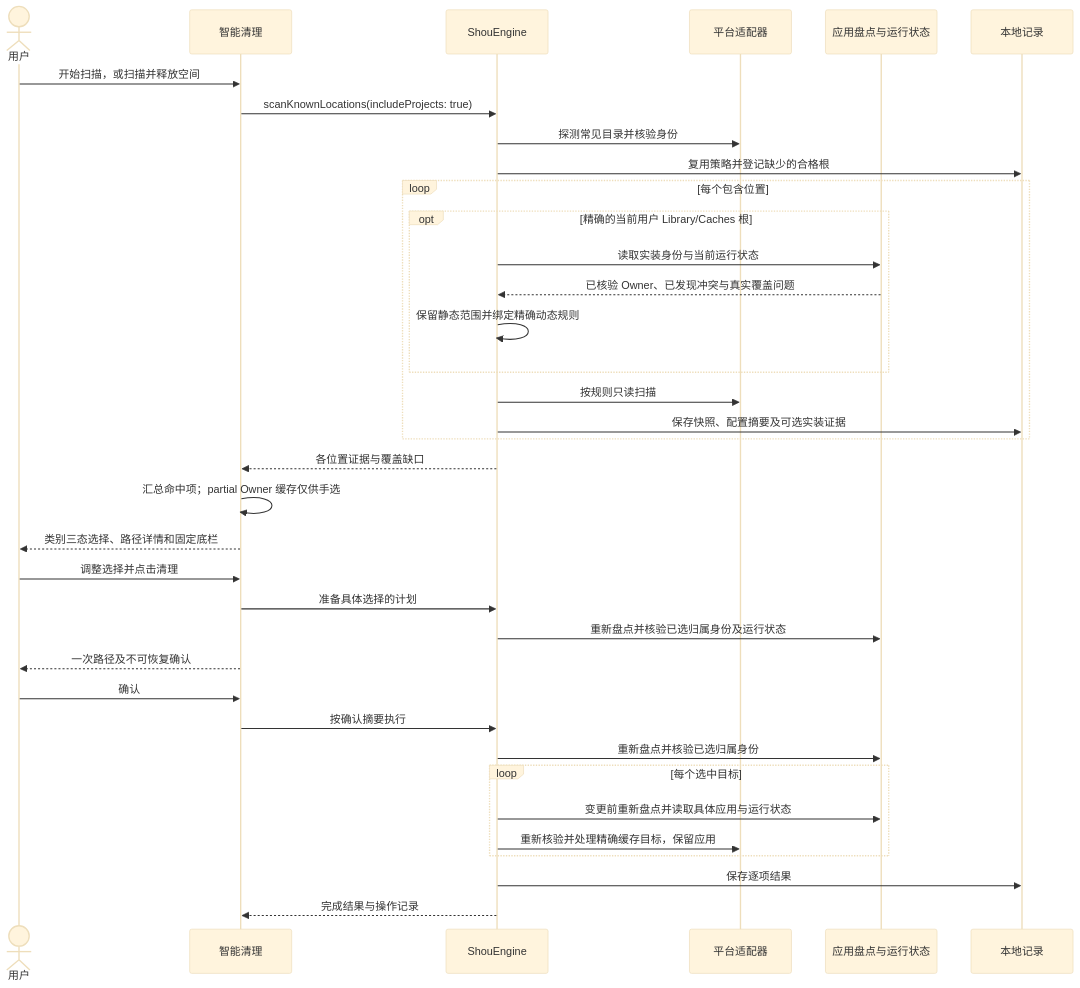
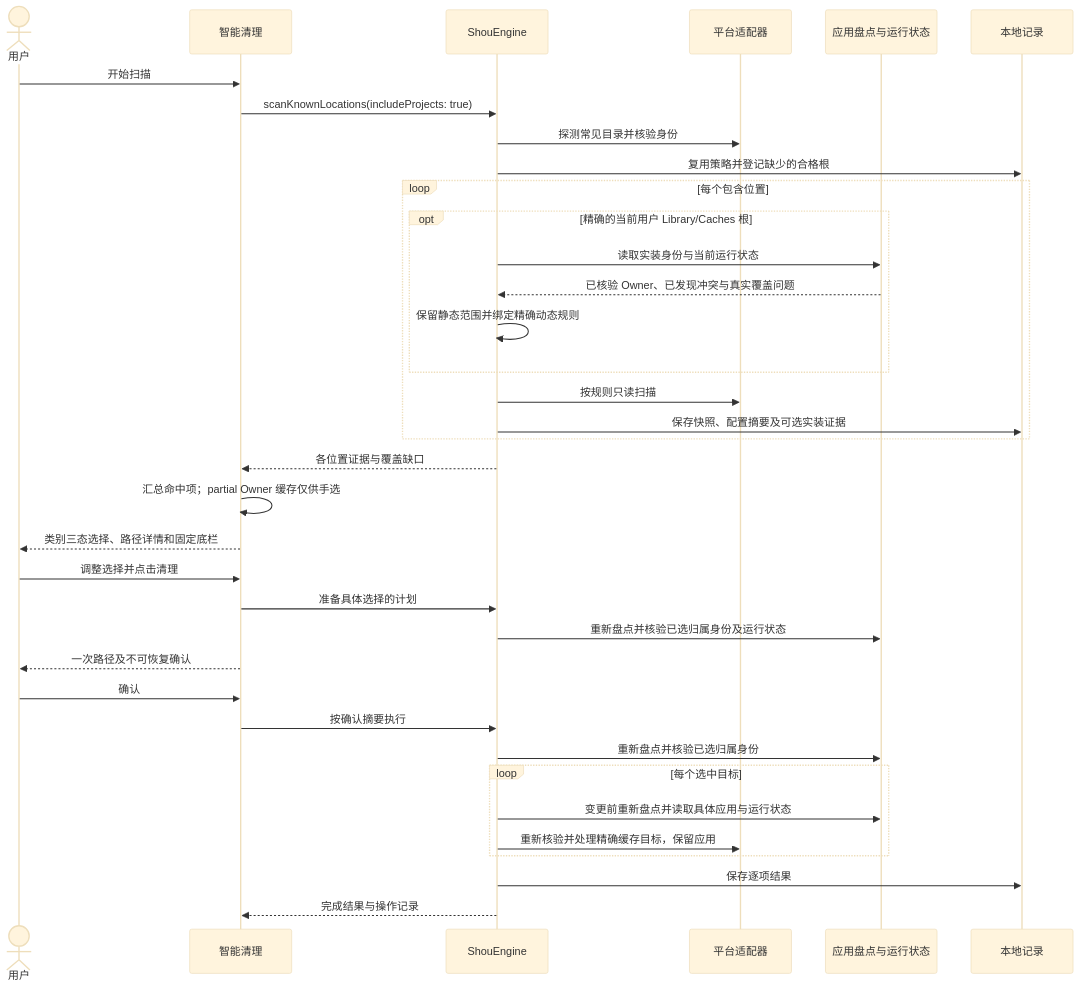
The fifth of 5 diagrams in docs/zh-CN/product/unified-cleanup.md (limecloud/shou), drawn with Mermaid (base theme) before and after one commit. The commit also changed other lines of this file and 270 other files, not shown here.

````diff
--- a/docs/zh-CN/product/unified-cleanup.md
+++ b/docs/zh-CN/product/unified-cleanup.md
@@ -177,38 +177,38 @@
 ```mermaid
 sequenceDiagram
   actor User as 用户
   participant UI as 智能清理
   participant Engine as ShouEngine
   participant FS as 平台适配器
   participant Apps as 应用盘点与运行状态
   participant Store as 本地记录
-  User->>UI: 开始扫描，或扫描并释放空间
+  User->>UI: 开始扫描
   UI->>Engine: scanKnownLocations(includeProjects: true)
   Engine->>FS: 探测常见目录并核验身份
   Engine->>Store: 复用策略并登记缺少的合格根
   loop 每个包含位置
     opt 精确的当前用户 Library/Caches 根
       Engine->>Apps: 读取实装身份与当前运行状态
       Apps-->>Engine: 已核验 Owner、已发现冲突与真实覆盖问题
       Engine->>Engine: 保留静态范围并绑定精确动态规则
     end
     Engine->>FS: 按规则只读扫描
     Engine->>Store: 保存快照、配置摘要及可选实装证据
   end
   Engine-->>UI: 各位置证据与覆盖缺口
   UI->>UI: 汇总命中项；partial Owner 缓存仅供手选
   UI-->>User: 类别三态选择、路径详情和固定底栏
   User->>UI: 调整选择并点击清理
   UI->>Engine: 准备具体选择的计划
   Engine->>Apps: 重新盘点并核验已选归属身份及运行状态
   UI-->>User: 一次路径及不可恢复确认
   User->>UI: 确认
   UI->>Engine: 按确认摘要执行
   Engine->>Apps: 重新盘点并核验已选归属身份
   loop 每个选中目标
     Engine->>Apps: 变更前重新盘点并读取具体应用与运行状态
     Engine->>FS: 重新核验并处理精确缓存目标，保留应用
   end
   Engine->>Store: 保存逐项结果
   Engine-->>UI: 完成结果与操作记录
 ```
````
